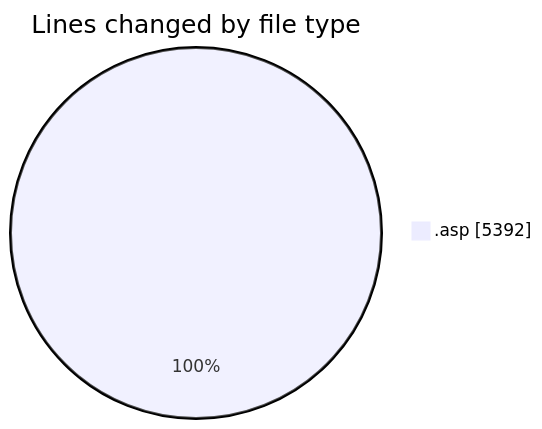
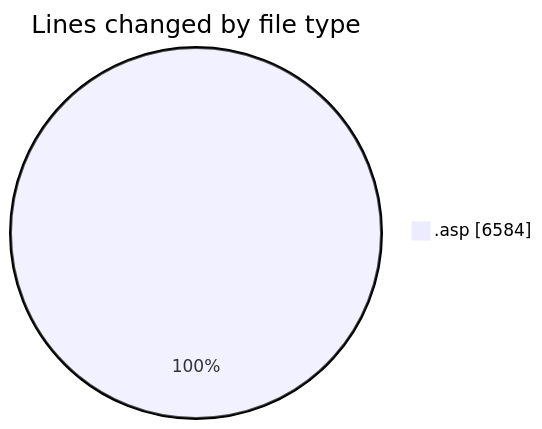
One commit to julien-gomy/code-tracking changed the first of 2 diagrams in 2025-10-31/cdp_aleoudev_fr__workspace_/README.md. Above: the diagram before and after it, drawn with Mermaid. The commit also changed other lines of this file and 1 other file, not shown here.

````diff
--- a/2025-10-31/cdp_aleoudev_fr__workspace_/README.md
+++ b/2025-10-31/cdp_aleoudev_fr__workspace_/README.md
@@ -23,5 +24,5 @@
 ```mermaid
 pie showData
 title Lines changed by file type
-".asp" : 5392
+".asp" : 6584
 ```
````
